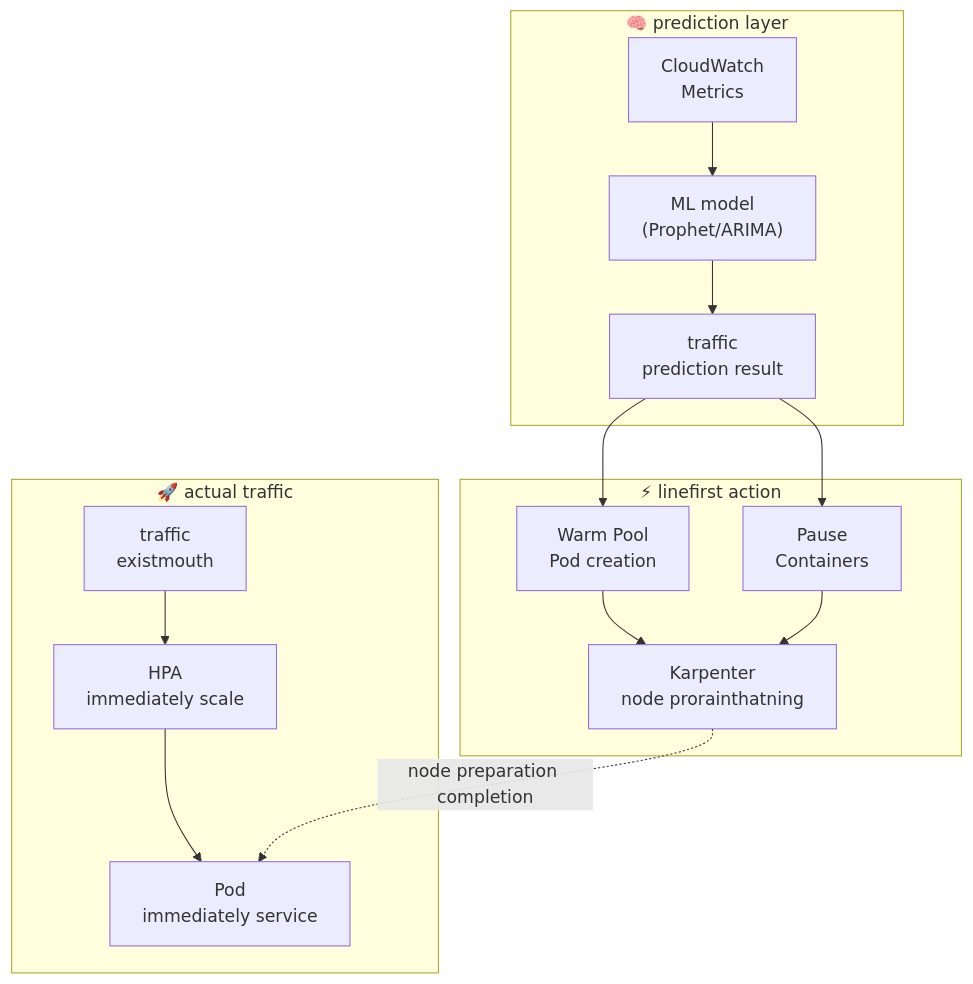
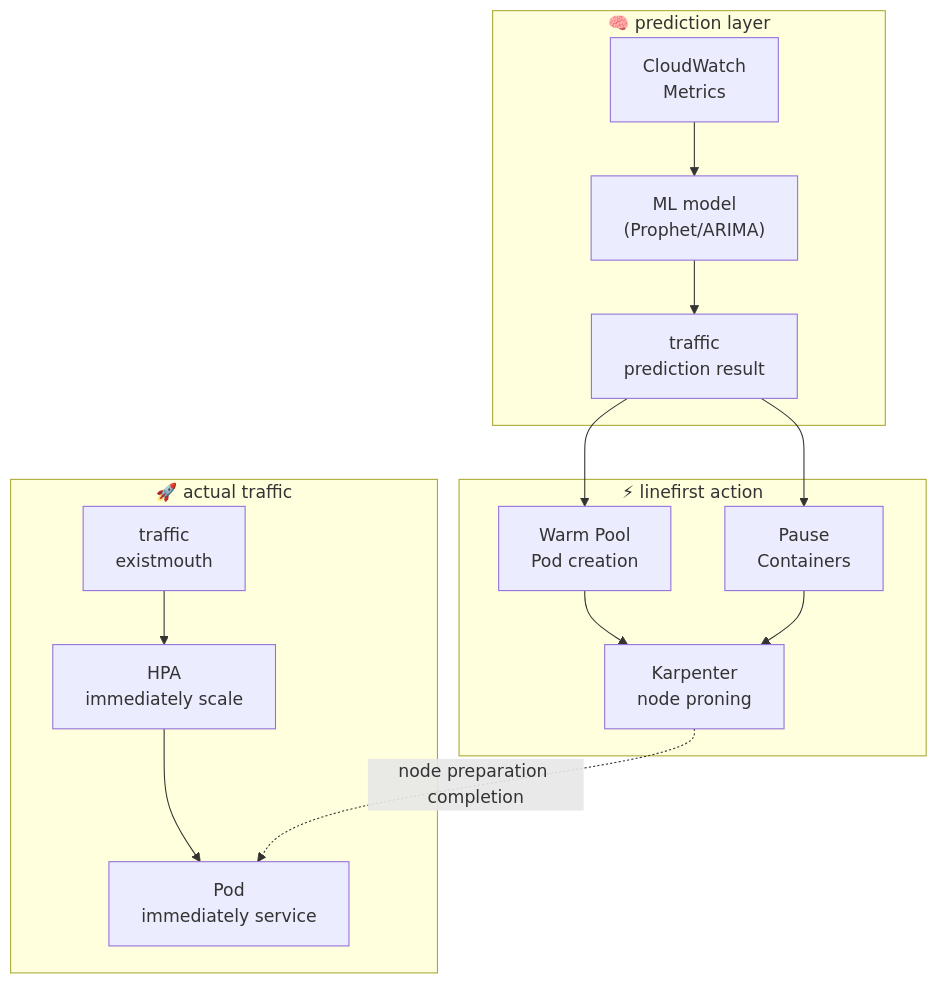
The second of 13 diagrams in i18n/en/docusaurus-plugin-content-docs/current/aiops-aidlc/aiops-predictive-operations.md (devfloor9/engineering-playbook), drawn with Mermaid before and after one commit. The commit also changed other lines of this file, not shown here.

````diff
--- a/i18n/en/docusaurus-plugin-content-docs/current/aiops-aidlc/aiops-predictive-operations.md
+++ b/i18n/en/docusaurus-plugin-content-docs/current/aiops-aidlc/aiops-predictive-operations.md
@@ -649,26 +648,25 @@
 ```mermaid
 graph TD
 subgraph Prediction["🧠 prediction layer"]
 CW_M["CloudWatch<br/>Metrics"]
 ML["ML model<br/>(Prophet/ARIMA)"]
 PRED["traffic<br/>prediction result"]
 end
 
 subgraph Preemptive["⚡ linefirst action"]
 WARM["Warm Pool<br/>Pod creation"]
 PAUSE["Pause<br/>Containers"]
-KARP["Karpenter<br/>node prorainthatning"]
+KARP["Karpenter<br/>node proning"]
 end
 
 subgraph Runtime["🚀 actual traffic"]
 TRAFFIC["traffic<br/>existmouth"]
 HPA2["HPA<br/>immediately scale"]
 READY["Pod<br/>immediately service"]
 end
 
-CW_M --> ML --> PRED
-PRED --> WARM --> KARP
+CW_M --> ML --> PRED --> WARM --> KARP
 PRED --> PAUSE --> KARP
 TRAFFIC --> HPA2 --> READY
 KARP -.->|node preparation completion| READY
 ```
````
